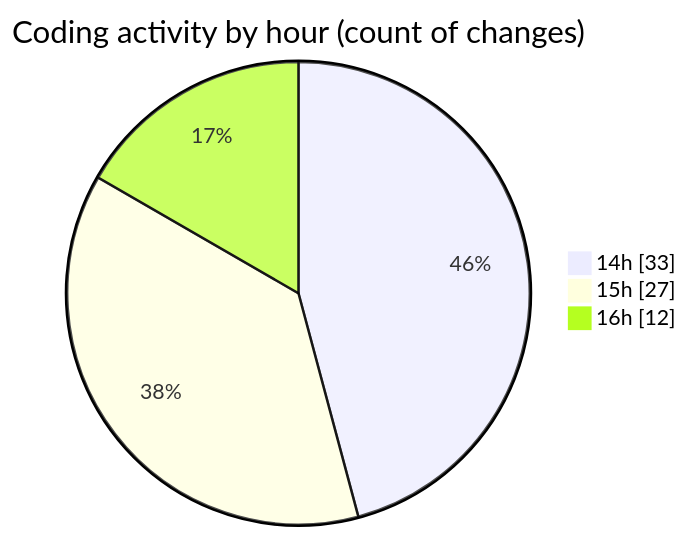
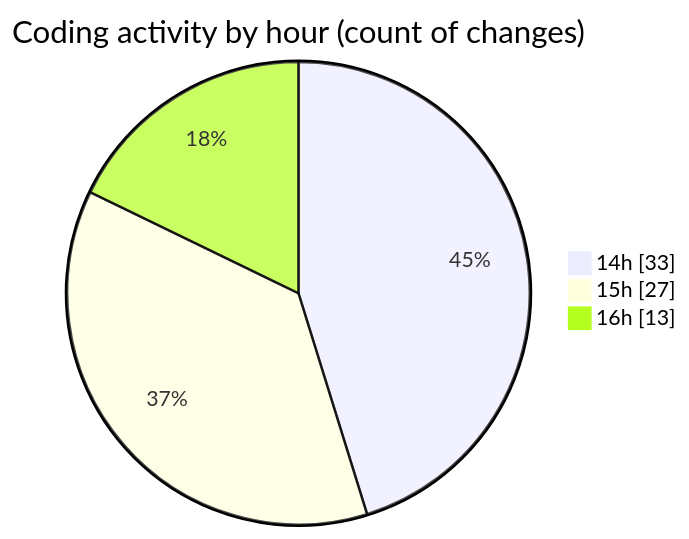
One commit to jadenblack/code-tracking changed the second of 2 diagrams in 2026-03-04/shadcn-admin-kit-main__workspace_/README.md. Above: the diagram before and after it, drawn with Mermaid. The commit also changed other lines of this file and 1 other file, not shown here.

````diff
--- a/2026-03-04/shadcn-admin-kit-main__workspace_/README.md
+++ b/2026-03-04/shadcn-admin-kit-main__workspace_/README.md
@@ -65,7 +65,7 @@
 ```mermaid
 pie showData
 title Coding activity by hour (count of changes)
 "14h" : 33
 "15h" : 27
-"16h" : 12
+"16h" : 13
 ```
````
